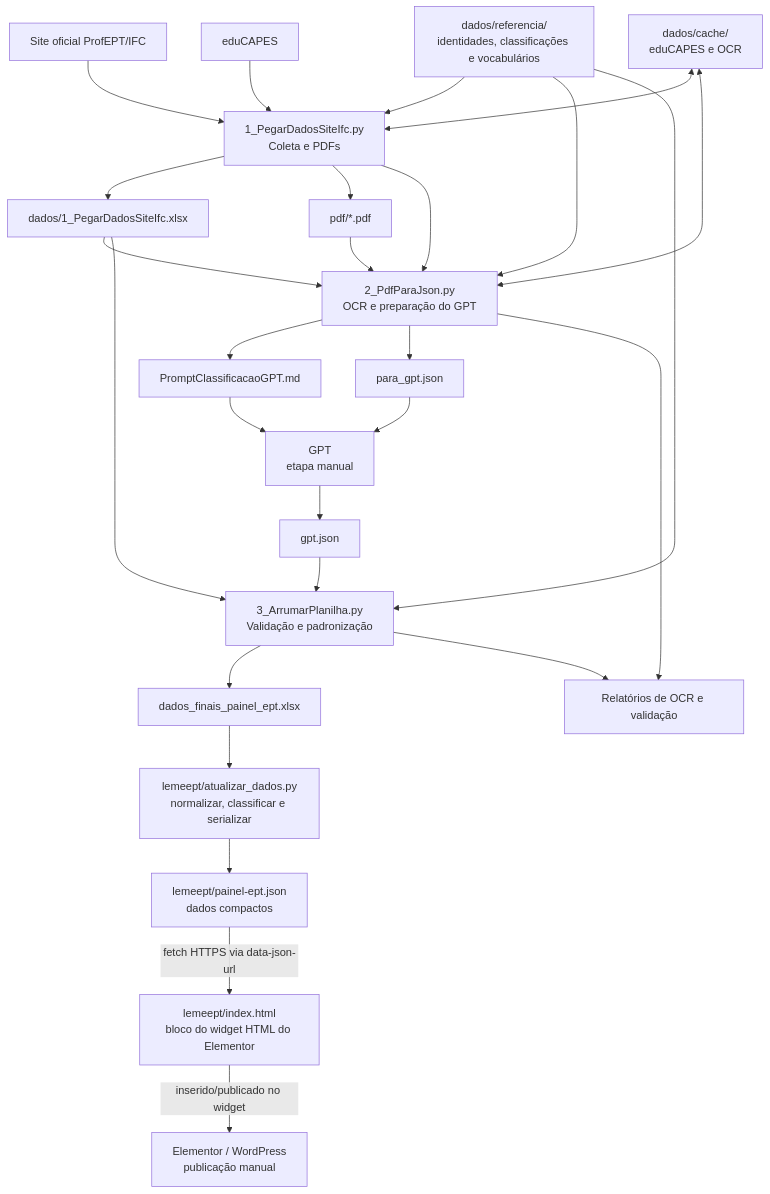
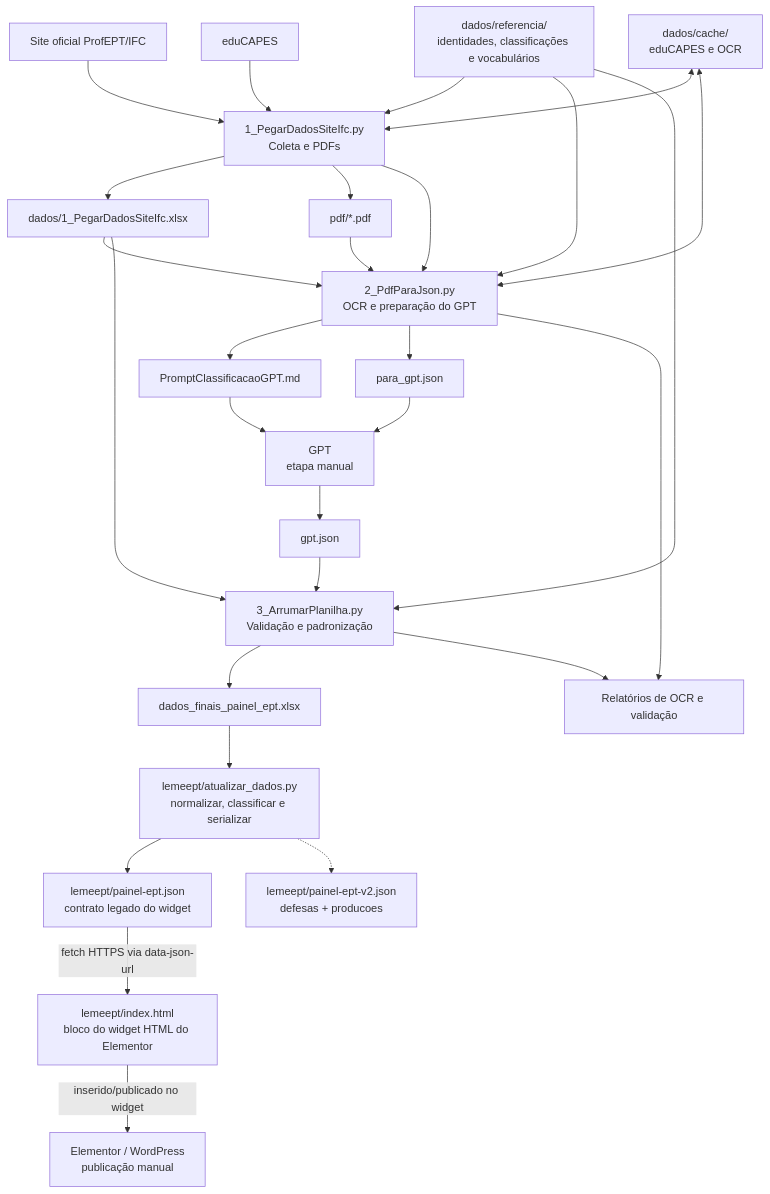
One commit to regi-lpf/lemeept changed the fourth of 11 diagrams in DIAGRAMAS.md. Above: the diagram before and after it, drawn with Mermaid. The commit also changed other lines of this file and 10 other files, not shown here.

````diff
--- a/DIAGRAMAS.md
+++ b/DIAGRAMAS.md
@@ -110,49 +110,51 @@
 ```mermaid
 flowchart TD
     SITE["Site oficial ProfEPT/IFC"]
     EDU["eduCAPES"]
     E1["1_PegarDadosSiteIfc.py<br/>Coleta e PDFs"]
     REF["dados/referencia/<br/>identidades, classificações e vocabulários"]
     XLS1["dados/1_PegarDadosSiteIfc.xlsx"]
     PDF["pdf/*.pdf"]
     E2["2_PdfParaJson.py<br/>OCR e preparação do GPT"]
     CACHE["dados/cache/<br/>eduCAPES e OCR"]
     PROMPT["PromptClassificacaoGPT.md"]
     JSONIN["para_gpt.json"]
     GPT["GPT<br/>etapa manual"]
     JSONOUT["gpt.json"]
     E3["3_ArrumarPlanilha.py<br/>Validação e padronização"]
     XLS2["dados_finais_painel_ept.xlsx"]
     REL["Relatórios de OCR e validação"]
     PIPE["lemeept/atualizar_dados.py<br/>normalizar, classificar e serializar"]
-    JSONP["lemeept/painel-ept.json<br/>dados compactos"]
+    JSONP["lemeept/painel-ept.json<br/>contrato legado do widget"]
+    JSONV2["lemeept/painel-ept-v2.json<br/>defesas + producoes"]
     HTML["lemeept/index.html<br/>bloco do widget HTML do Elementor"]
     WP["Elementor / WordPress<br/>publicação manual"]
 
     SITE --> E1
     EDU --> E1
     REF --> E1
     E1 --> XLS1
     E1 --> PDF
     E1 --> E2
     XLS1 --> E2
     PDF --> E2
     REF --> E2
     CACHE <--> E1
     CACHE <--> E2
     E2 --> PROMPT
     E2 --> JSONIN
     E2 --> REL
     PROMPT --> GPT
     JSONIN --> GPT
     GPT --> JSONOUT
     JSONOUT --> E3
     XLS1 --> E3
     REF --> E3
     E3 --> XLS2
     E3 --> REL
     XLS2 --> PIPE
     PIPE --> JSONP
+    PIPE -.-> JSONV2
     HTML -->|inserido/publicado no widget| WP
     JSONP -->|fetch HTTPS via data-json-url| HTML
 ```
````
